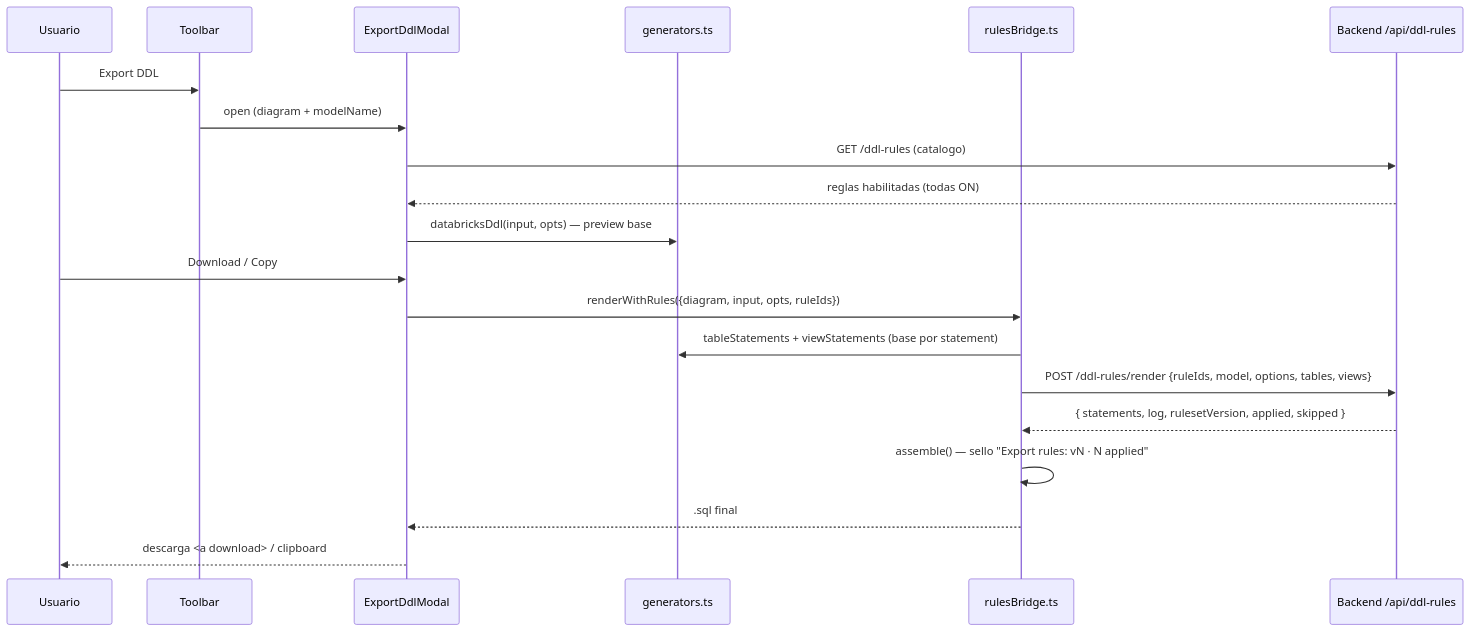
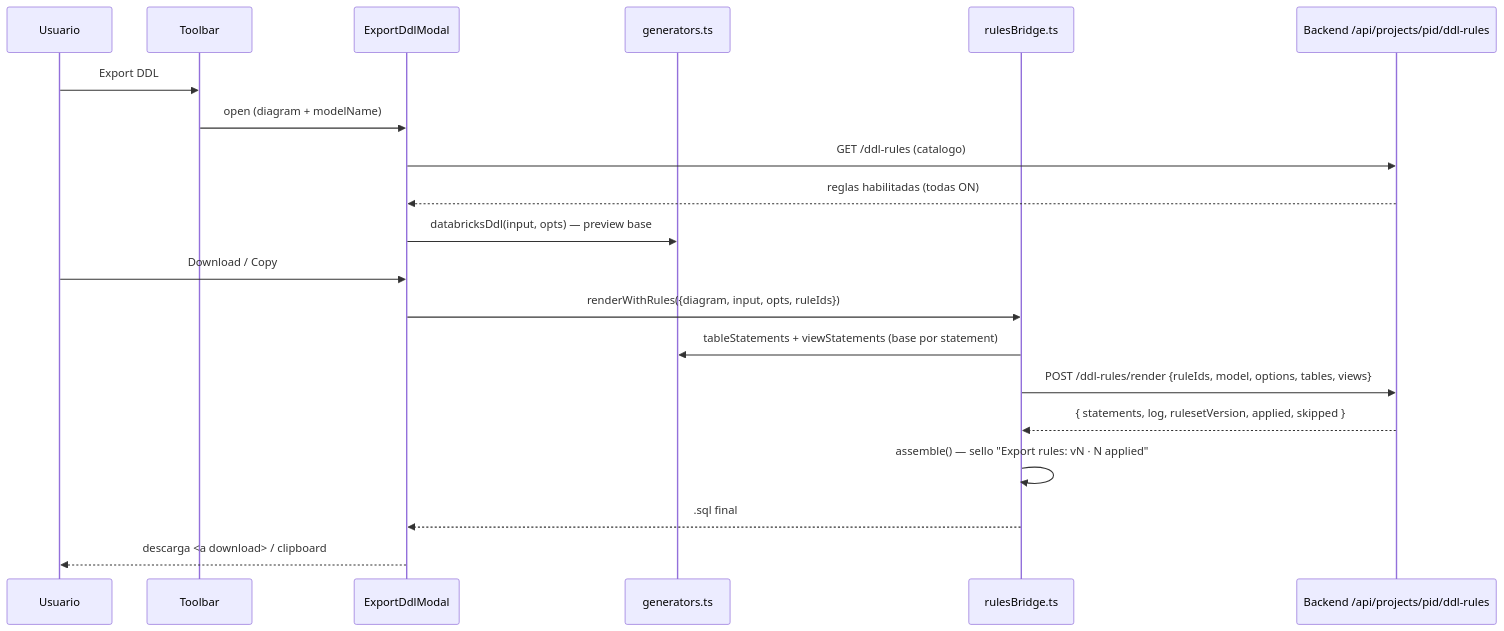
Before and after one commit to Carlosmps97/web-data-model-hub: the seventh of 8 diagrams in doc/data-flow.md, drawn with Mermaid. The commit also changed other lines of this file and 209 other files, not shown here.

````diff
--- a/doc/data-flow.md
+++ b/doc/data-flow.md
@@ -609,23 +652,23 @@
 ```mermaid
 sequenceDiagram
   participant U as Usuario
   participant TB as Toolbar
   participant EM as ExportDdlModal
   participant Gen as generators.ts
   participant Br as rulesBridge.ts
-  participant API as Backend /api/ddl-rules
+  participant API as Backend /api/projects/pid/ddl-rules
 
   U->>TB: Export DDL
   TB->>EM: open (diagram + modelName)
   EM->>API: GET /ddl-rules (catalogo)
   API-->>EM: reglas habilitadas (todas ON)
   EM->>Gen: databricksDdl(input, opts) — preview base
   U->>EM: Download / Copy
   EM->>Br: renderWithRules({diagram, input, opts, ruleIds})
   Br->>Gen: tableStatements + viewStatements (base por statement)
   Br->>API: POST /ddl-rules/render {ruleIds, model, options, tables, views}
   API-->>Br: { statements, log, rulesetVersion, applied, skipped }
   Br->>Br: assemble() — sello "Export rules: vN · N applied"
   Br-->>EM: .sql final
   EM-->>U: descarga <a download> / clipboard
 ```
````
